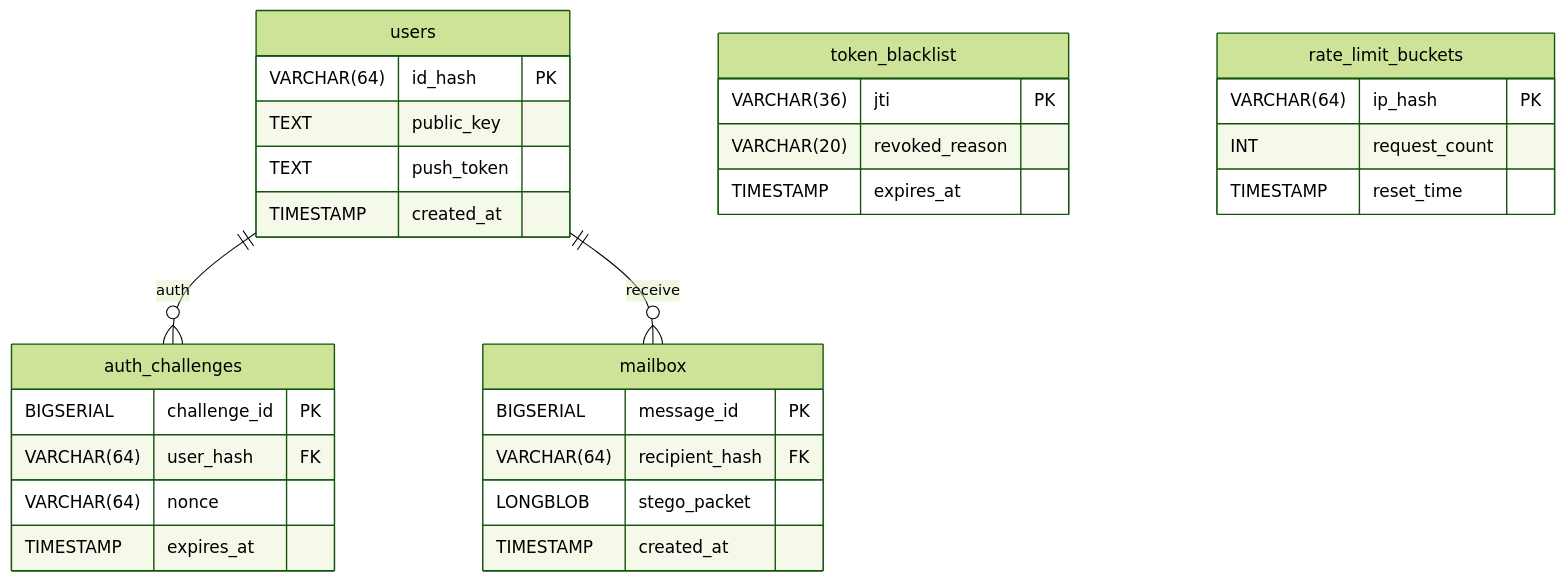
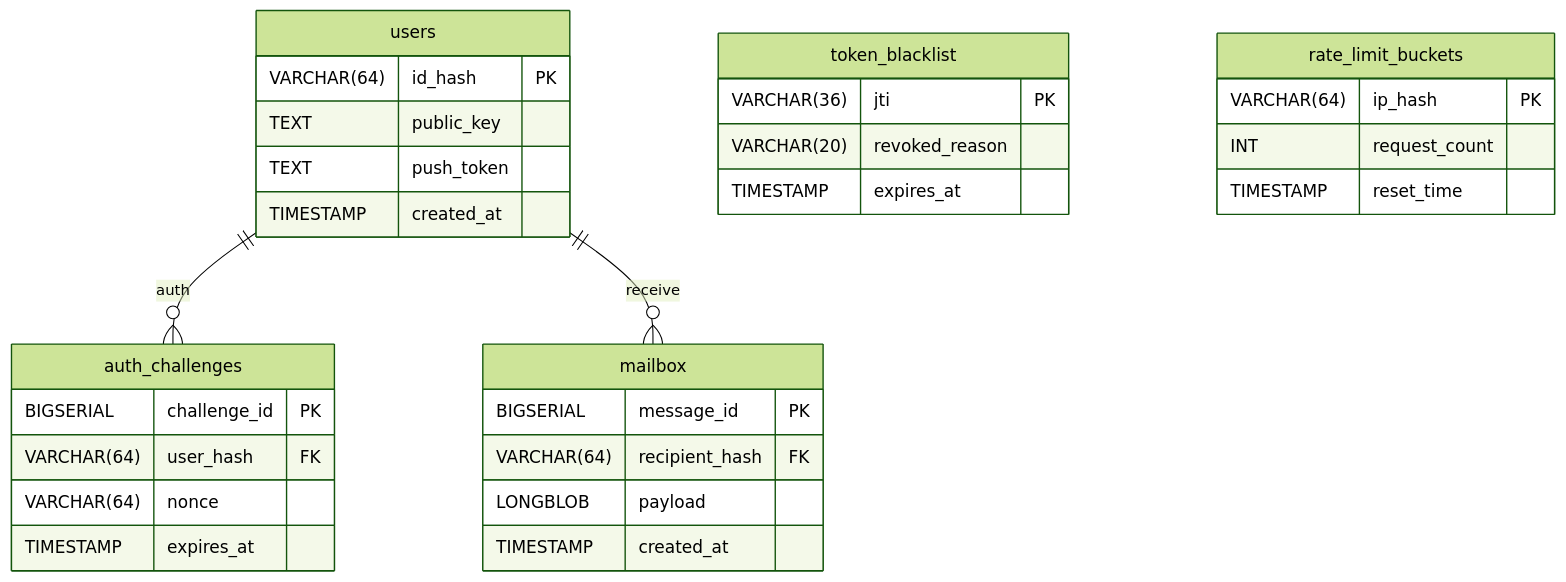
One commit to Hermnet/Hermnet changed the diagram in docs/technical/esquema_base_datos.md. Above: the diagram before and after it, drawn with Mermaid (forest theme). The commit also changed other lines of this file and 36 other files, not shown here.

````diff
--- a/docs/technical/esquema_base_datos.md
+++ b/docs/technical/esquema_base_datos.md
@@ -23,38 +23,38 @@
 ```mermaid
 erDiagram
     users ||--o{ auth_challenges : "auth"
     users ||--o{ mailbox : "receive"
     
     users {
         VARCHAR(64) id_hash PK
         TEXT public_key 
         TEXT push_token 
         TIMESTAMP created_at
     }
     
     auth_challenges {
         BIGSERIAL challenge_id PK
         VARCHAR(64) user_hash FK
         VARCHAR(64) nonce 
         TIMESTAMP expires_at
     }
     
     mailbox {
         BIGSERIAL message_id PK
         VARCHAR(64) recipient_hash FK
-        LONGBLOB stego_packet 
+        LONGBLOB payload 
         TIMESTAMP created_at
     }
 
     token_blacklist {
         VARCHAR(36) jti PK
         VARCHAR(20) revoked_reason
         TIMESTAMP expires_at
     }
 
     rate_limit_buckets {
         VARCHAR(64) ip_hash PK 
         INT request_count
         TIMESTAMP reset_time
     }
 ```
````
